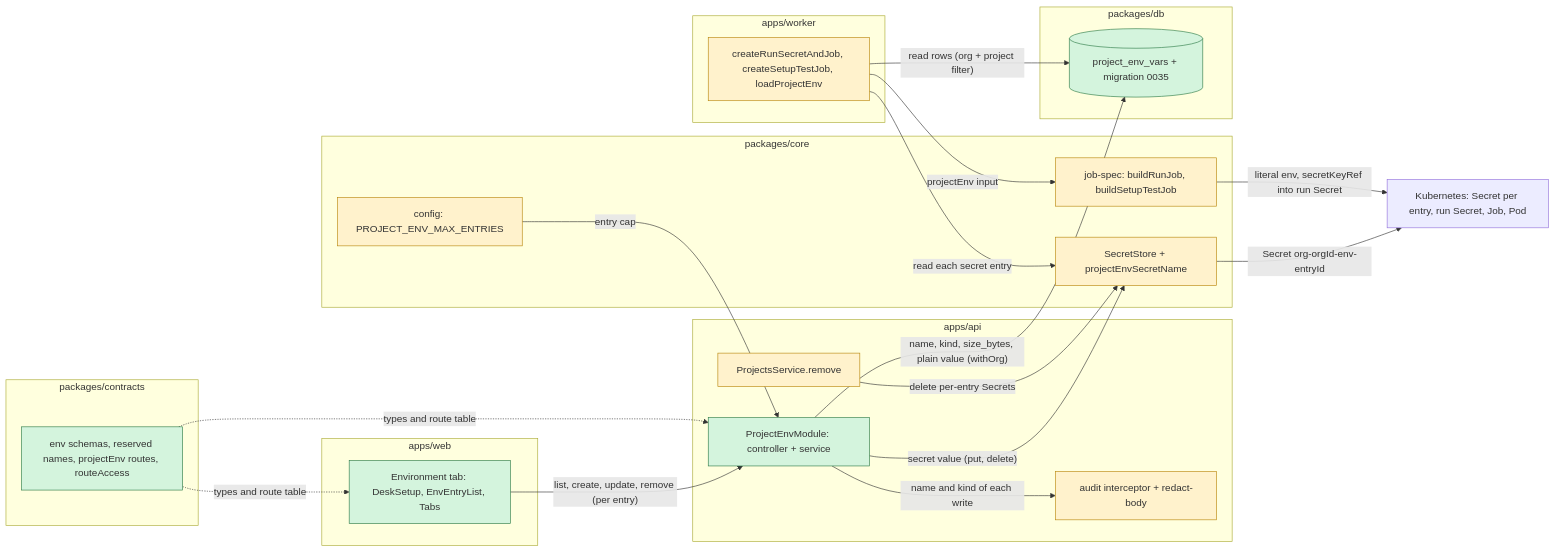
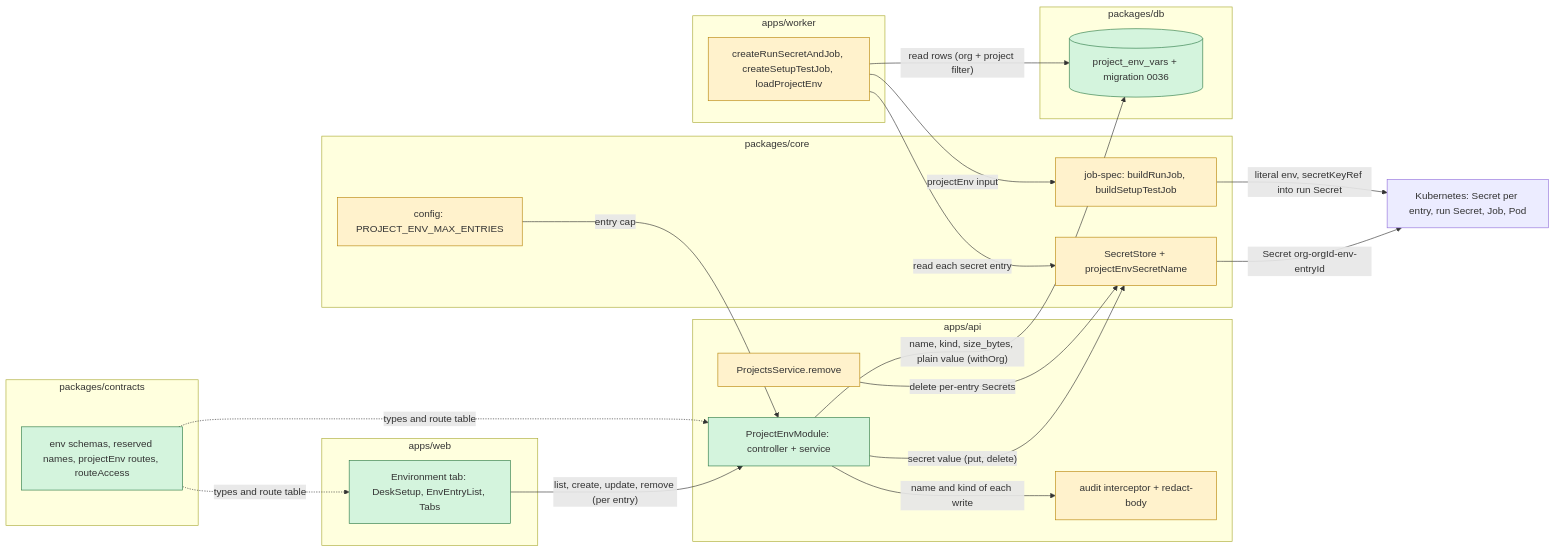
The first of 2 diagrams in docs/superpowers/specs/2026-11-23-workspace-env-secrets-design.md (haicanhdieu/agent-desk), drawn with Mermaid before and after one commit. The commit also changed other lines of this file and 24 other files, not shown here.

First line of the commit message:
feat(contracts): project env contracts, table and core primitives

````diff
--- a/docs/superpowers/specs/2026-11-23-workspace-env-secrets-design.md
+++ b/docs/superpowers/specs/2026-11-23-workspace-env-secrets-design.md
@@ -135,43 +135,43 @@
 ```mermaid
 flowchart LR
     subgraph contractsLayer["packages/contracts"]
         CON["env schemas, reserved names, projectEnv routes, routeAccess"]:::new
     end
     subgraph webLayer["apps/web"]
         WEB["Environment tab: DeskSetup, EnvEntryList, Tabs"]:::new
     end
     subgraph apiLayer["apps/api"]
         API["ProjectEnvModule: controller + service"]:::new
         AUD["audit interceptor + redact-body"]:::changed
         PRJ["ProjectsService.remove"]:::changed
     end
     subgraph workerLayer["apps/worker"]
         ACT["createRunSecretAndJob, createSetupTestJob, loadProjectEnv"]:::changed
     end
     subgraph coreLayer["packages/core"]
         JOB["job-spec: buildRunJob, buildSetupTestJob"]:::changed
         SST["SecretStore + projectEnvSecretName"]:::changed
         CFG["config: PROJECT_ENV_MAX_ENTRIES"]:::changed
     end
     subgraph dbLayer["packages/db"]
-        TBL[("project_env_vars + migration 0035")]:::new
+        TBL[("project_env_vars + migration 0036")]:::new
     end
     K8S["Kubernetes: Secret per entry, run Secret, Job, Pod"]
 
     WEB -->|"list, create, update, remove (per entry)"| API
     API -->|"name, kind, size_bytes, plain value (withOrg)"| TBL
     API -->|"secret value (put, delete)"| SST
     SST -->|"Secret org-orgId-env-entryId"| K8S
     API -->|"name and kind of each write"| AUD
     PRJ -->|"delete per-entry Secrets"| SST
     CFG -->|"entry cap"| API
     ACT -->|"read rows (org + project filter)"| TBL
     ACT -->|"read each secret entry"| SST
     ACT -->|"projectEnv input"| JOB
     JOB -->|"literal env, secretKeyRef into run Secret"| K8S
     CON -.->|"types and route table"| WEB
     CON -.->|"types and route table"| API
 
     classDef new fill:#d4f4dd,stroke:#2d7a46
     classDef changed fill:#fff2cc,stroke:#b8860b
 ```
````
